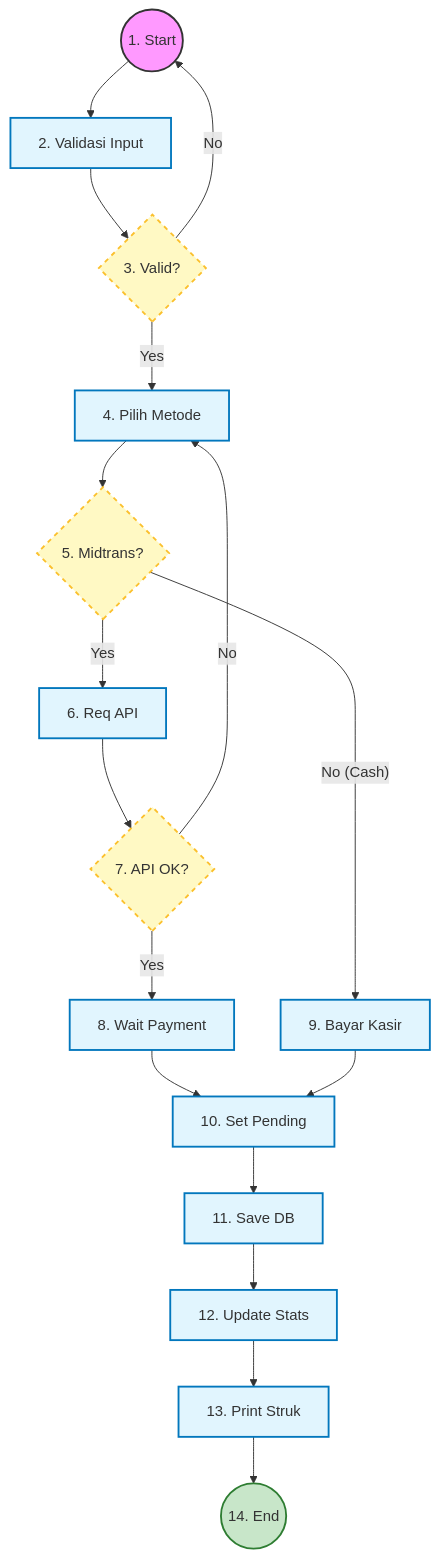
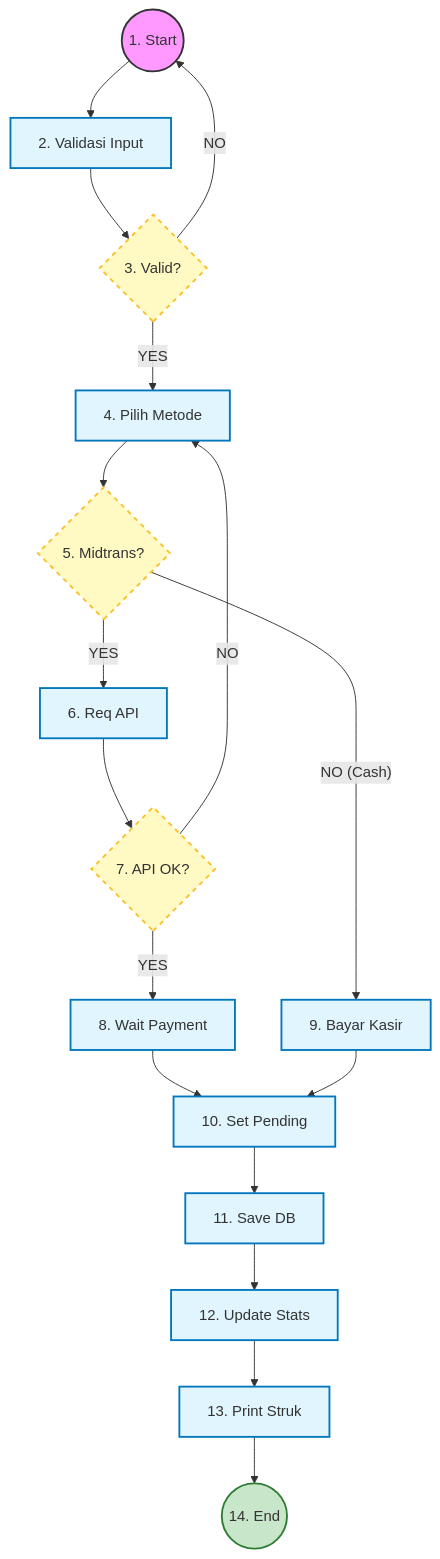
Before and after one commit to owel17/backend_restaurant: the third of 3 diagrams in LAPORAN_PRAKTIKUM_RPL.md, drawn with Mermaid. The commit also changed other lines of this file, not shown here.

Commit message:
Docs: Finalize Practicum Report with expanded detailed flows, node logic analysis, and fixed diagrams

````diff
--- a/LAPORAN_PRAKTIKUM_RPL.md
+++ b/LAPORAN_PRAKTIKUM_RPL.md
@@ -221,27 +224,27 @@
 ```mermaid
 graph TD
     classDef start fill:#f9f,stroke:#333,stroke-width:2px;
     classDef proc fill:#e1f5fe,stroke:#0277bd,stroke-width:2px;
     classDef decision fill:#fff9c4,stroke:#fbc02d,stroke-width:2px,stroke-dasharray: 5 5;
     classDef endnode fill:#c8e6c9,stroke:#2e7d32,stroke-width:2px;
 
     1((1. Start)):::start --> 2[2. Validasi Input]:::proc
     2 --> 3{3. Valid?}:::decision
-    3 -- No --> 1
-    3 -- Yes --> 4[4. Pilih Metode]:::proc
+    3 -- NO --> 1
+    3 -- YES --> 4[4. Pilih Metode]:::proc
     4 --> 5{5. Midtrans?}:::decision
     
-    5 -- Yes --> 6[6. Req API]:::proc
+    5 -- YES --> 6[6. Req API]:::proc
     6 --> 7{7. API OK?}:::decision
-    7 -- No --> 4
-    7 -- Yes --> 8[8. Wait Payment]:::proc
+    7 -- NO --> 4
+    7 -- YES --> 8[8. Wait Payment]:::proc
     8 --> 10[10. Set Pending]:::proc
     
-    5 -- No (Cash) --> 9[9. Bayar Kasir]:::proc
+    5 -- NO (Cash) --> 9[9. Bayar Kasir]:::proc
     9 --> 10
     
     10 --> 11[11. Save DB]:::proc
     11 --> 12[12. Update Stats]:::proc
     12 --> 13[13. Print Struk]:::proc
     13 --> 14((14. End)):::endnode
 ```
````
